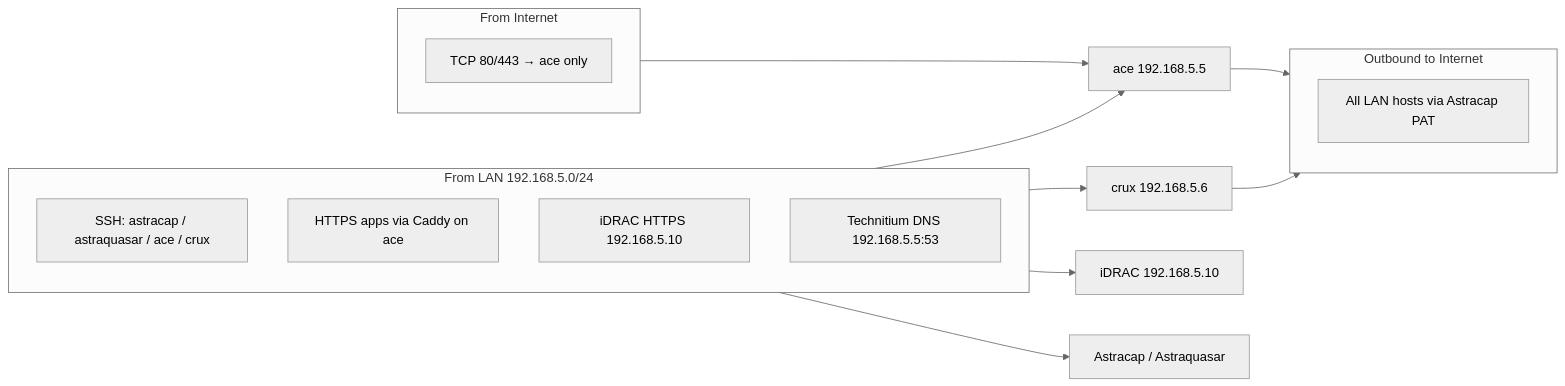
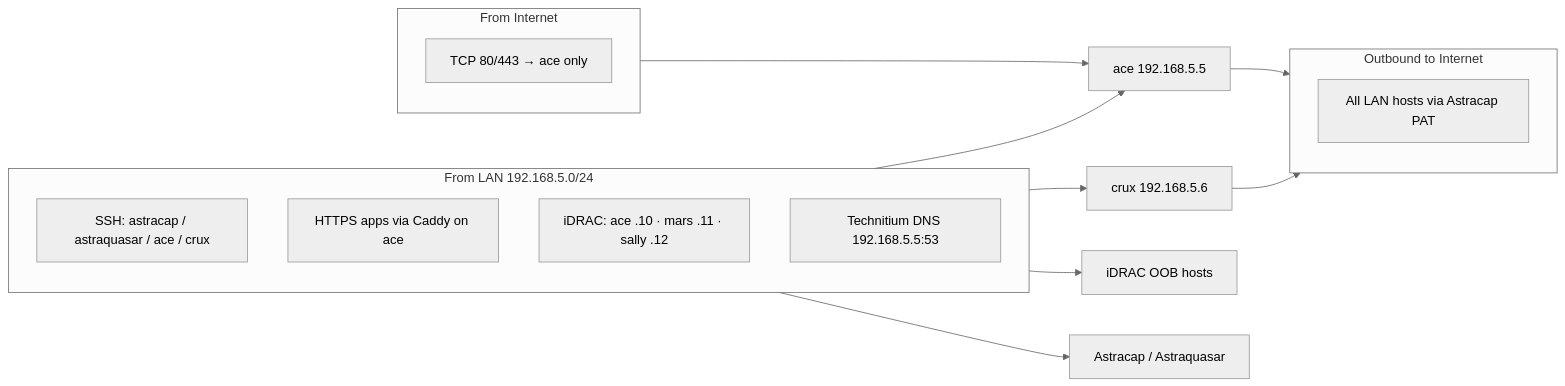
The second of 3 diagrams in docs/network-topology.md (PrestonHager/nixos-configs), drawn with Mermaid (neutral theme) before and after one commit. The commit also changed other lines of this file and 18 other files, not shown here.

First line of the commit message:
Document mars, sally, elara, and zenith on the LAN map.

````diff
--- a/docs/network-topology.md
+++ b/docs/network-topology.md
@@ -92,25 +116,25 @@
 ```mermaid
 flowchart LR
   subgraph PubZ["From Internet"]
     W80["TCP 80/443 → ace only"]
   end
 
   subgraph LanZ["From LAN 192.168.5.0/24"]
     L1["SSH: astracap / astraquasar / ace / crux"]
     L2["HTTPS apps via Caddy on ace"]
-    L3["iDRAC HTTPS 192.168.5.10"]
+    L3["iDRAC: ace .10 · mars .11 · sally .12"]
     L4["Technitium DNS 192.168.5.5:53"]
   end
 
   subgraph OutZ["Outbound to Internet"]
     PAT["All LAN hosts via Astracap PAT"]
   end
 
   PubZ --> AceNode["ace 192.168.5.5"]
   LanZ --> AceNode
   LanZ --> CruxNode["crux 192.168.5.6"]
-  LanZ --> IdNode["iDRAC 192.168.5.10"]
+  LanZ --> IdNodes["iDRAC OOB hosts"]
   LanZ --> EdgeNode["Astracap / Astraquasar"]
   AceNode --> OutZ
   CruxNode --> OutZ
 ```
````
